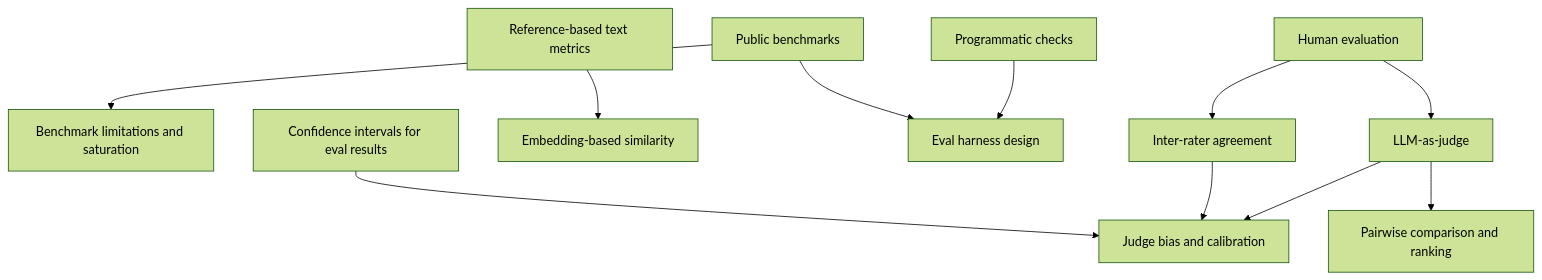
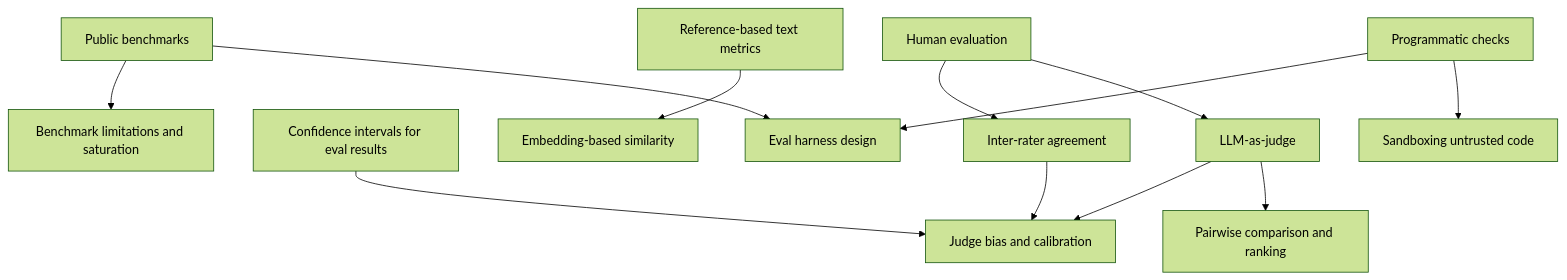
Before and after one commit to ksubramanian9/ai_evaluation: the fourth of 8 diagrams in map/00-overview.md, drawn with Mermaid (forest theme). The commit also changed other lines of this file and 91 other files, not shown here.

````diff
--- a/map/00-overview.md
+++ b/map/00-overview.md
@@ -121,25 +120,27 @@
 ```mermaid
 flowchart TD
   n_benchmark_limitations["Benchmark limitations and saturation"]
   n_confidence_intervals_for_evals["Confidence intervals for eval results"]
   n_embedding_similarity_metrics["Embedding-based similarity"]
   n_eval_harness_design["Eval harness design"]
   n_human_evaluation["Human evaluation"]
   n_inter_rater_agreement["Inter-rater agreement"]
   n_judge_bias_and_calibration["Judge bias and calibration"]
   n_llm_as_judge["LLM-as-judge"]
   n_pairwise_comparison_and_ranking["Pairwise comparison and ranking"]
   n_programmatic_checks["Programmatic checks"]
   n_public_benchmarks["Public benchmarks"]
   n_reference_based_metrics["Reference-based text metrics"]
+  n_sandboxing_untrusted_code["Sandboxing untrusted code"]
   n_public_benchmarks --> n_benchmark_limitations
   n_reference_based_metrics --> n_embedding_similarity_metrics
   n_programmatic_checks --> n_eval_harness_design
   n_public_benchmarks --> n_eval_harness_design
   n_human_evaluation --> n_inter_rater_agreement
   n_llm_as_judge --> n_judge_bias_and_calibration
   n_inter_rater_agreement --> n_judge_bias_and_calibration
   n_confidence_intervals_for_evals --> n_judge_bias_and_calibration
   n_human_evaluation --> n_llm_as_judge
   n_llm_as_judge --> n_pairwise_comparison_and_ranking
+  n_programmatic_checks --> n_sandboxing_untrusted_code
 ```
````
